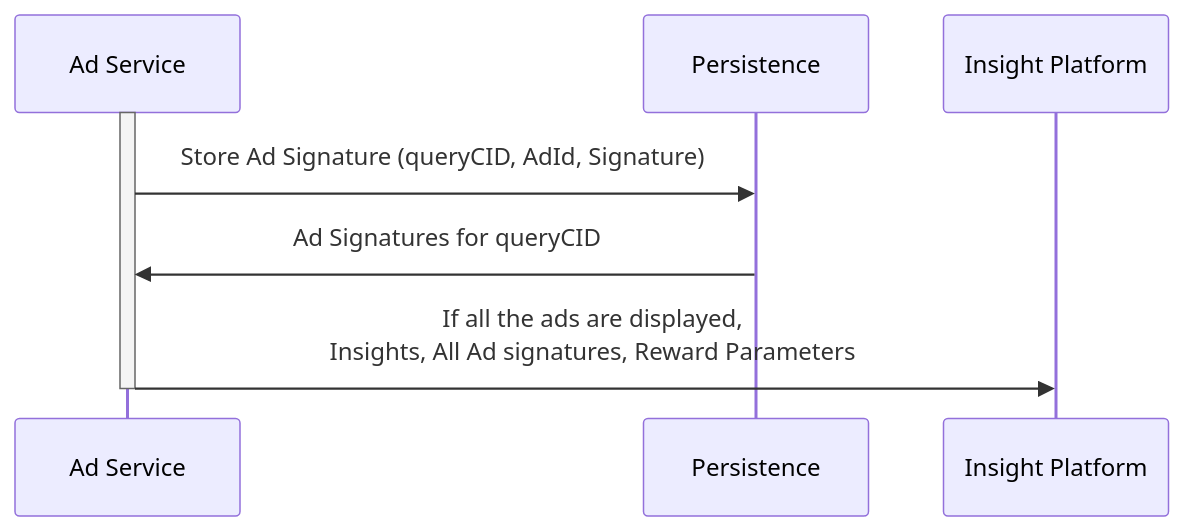
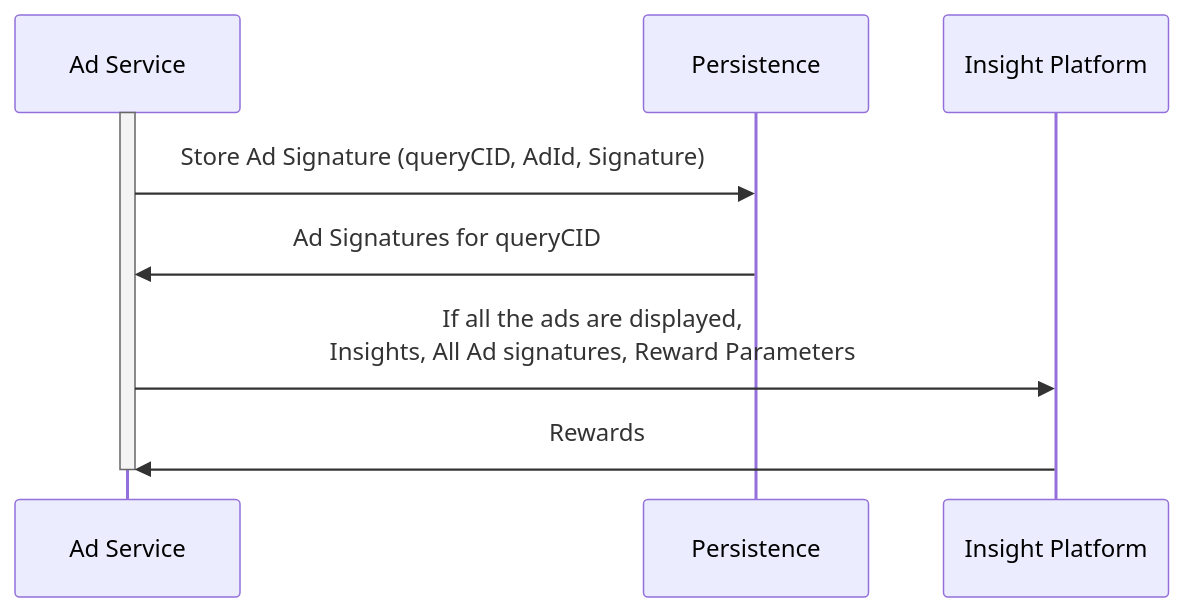
One commit to SnickerdoodleLabs/protocol changed the second of 2 diagrams in documentation/ad/overall-flow.md. Above: the diagram before and after it, drawn with Mermaid.

````diff
--- a/documentation/ad/overall-flow.md
+++ b/documentation/ad/overall-flow.md
@@ -37,13 +37,14 @@
 ```mermaid
 sequenceDiagram
     participant AdS as Ad Service
     participant P as Persistence
     participant IP as Insight Platform
 
     activate AdS
     AdS->>P: Store Ad Signature (queryCID, AdId, Signature)
     P->>AdS: Ad Signatures for queryCID
     AdS->>IP: If all the ads are displayed, <br>Insights, All Ad signatures, Reward Parameters
+    IP ->>AdS: Rewards
     deactivate AdS
 
 ```
````
